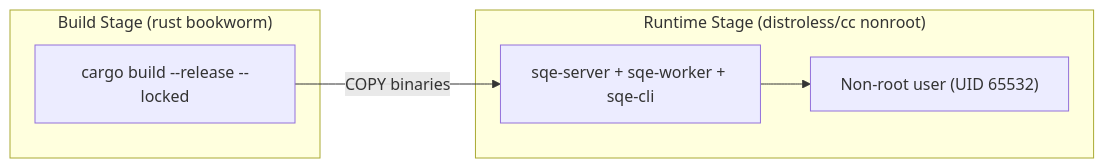
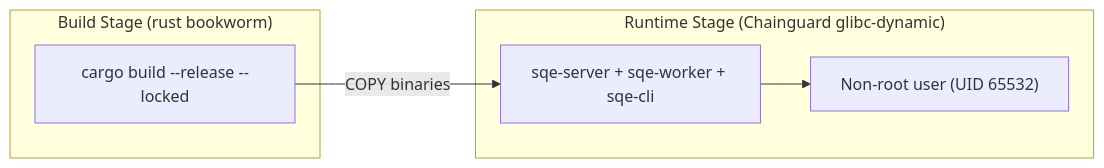
One commit to schubergphilis/sqe changed the diagram in docs/site/book/src/getting-started/building.md. Above: the diagram before and after it, drawn with Mermaid. The commit also changed other lines of this file and 8 other files, not shown here.

First line of the commit message:
fix(docker): Chainguard runtime so the Aikido image firewall passes

````diff
--- a/docs/site/book/src/getting-started/building.md
+++ b/docs/site/book/src/getting-started/building.md
@@ -74,10 +74,10 @@
 ```mermaid
 graph LR
     subgraph "Build Stage (rust bookworm)"
         BUILD["cargo build --release --locked"]
     end
-    subgraph "Runtime Stage (distroless/cc nonroot)"
+    subgraph "Runtime Stage (Chainguard glibc-dynamic)"
         BIN["sqe-server + sqe-worker + sqe-cli"] --> RUN["Non-root user (UID 65532)"]
     end
     BUILD -->|COPY binaries| BIN
 ```
````
